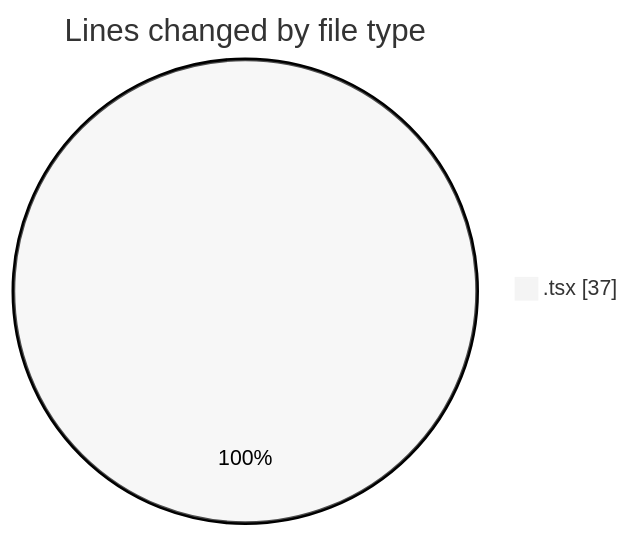
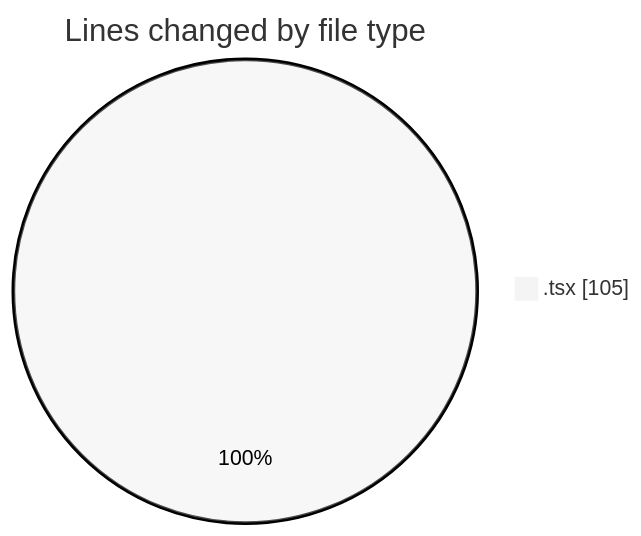
One commit to robertbonfada/code-tracking changed the first of 2 diagrams in 2025-02-04/mbc-web/README.md. Above: the diagram before and after it, drawn with Mermaid (neutral theme). The commit also changed other lines of this file and 1 other file, not shown here.

````diff
--- a/2025-02-04/mbc-web/README.md
+++ b/2025-02-04/mbc-web/README.md
@@ -21,5 +21,5 @@
 ```mermaid
 pie showData
 title Lines changed by file type
-".tsx" : 37
+".tsx" : 105
 ```
````
